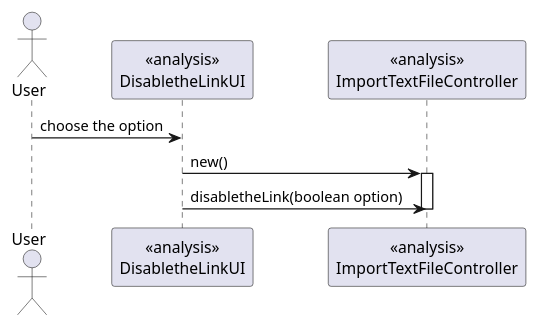
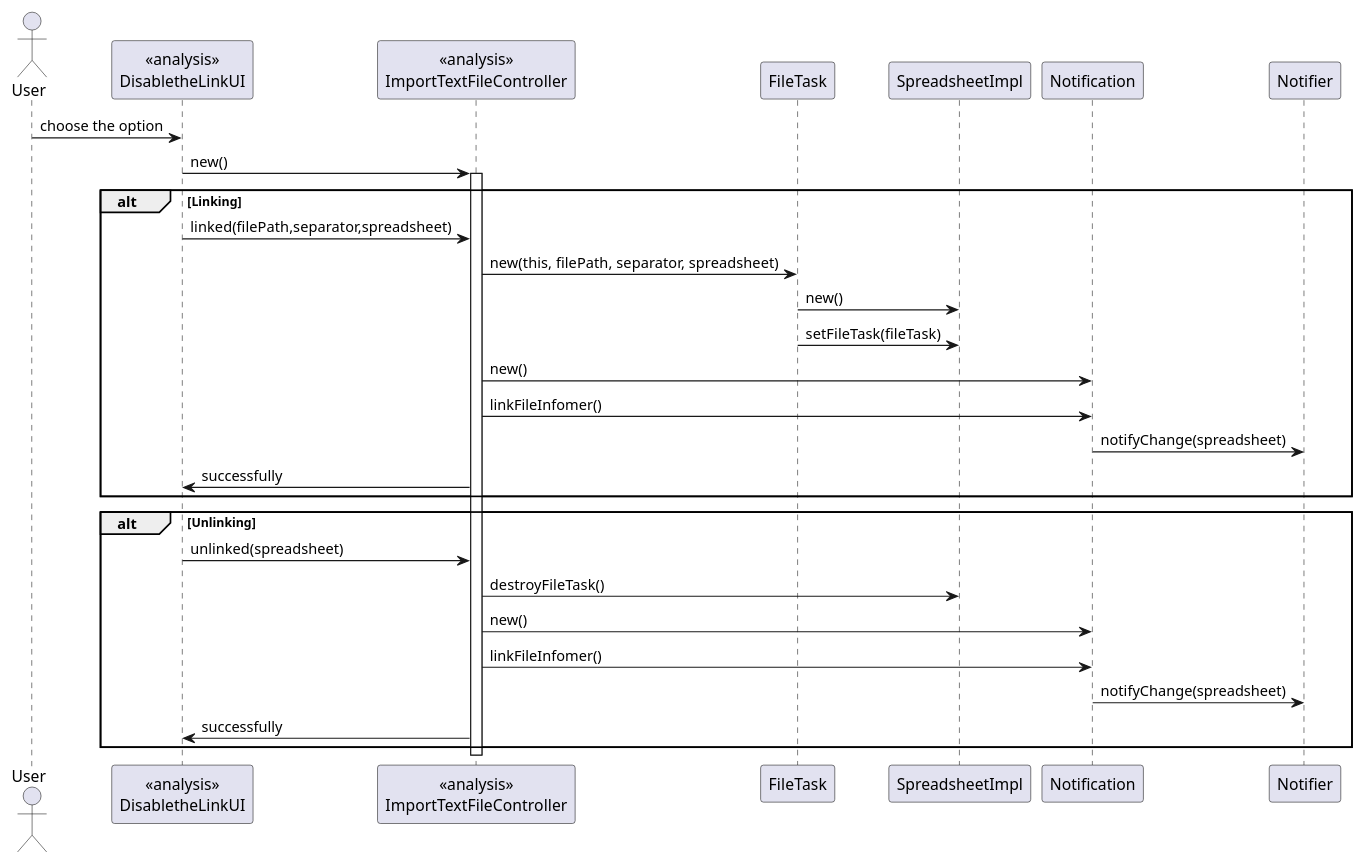
The diagram in src/main/java/csheets/worklog/n1141042/sprint3/disablethelink_design.puml (RubenTeixeira/cleansheets_isep_2dg_2016), drawn with PlantUML before and after one commit. The commit also changed 2 other files, not shown here.

```diff
--- a/src/main/java/csheets/worklog/n1141042/sprint3/disablethelink_design.puml
+++ b/src/main/java/csheets/worklog/n1141042/sprint3/disablethelink_design.puml
@@ -1,16 +1,38 @@
-@startuml doc-files/desableLink_analysis_design.png
+@startuml doc-files/Link_desableLink_analysis_design.png
 
 actor User
 participant "<<analysis>>\nDisabletheLinkUI" as DisabletheLinkUI
 participant "<<analysis>>\nImportTextFileController" as ImportTextFileController
 
 User->DisabletheLinkUI: choose the option
 DisabletheLinkUI->ImportTextFileController: new()
 
 activate ImportTextFileController
-DisabletheLinkUI->ImportTextFileController: disabletheLink(boolean option)
+alt Linking
+DisabletheLinkUI->ImportTextFileController: linked(filePath,separator,spreadsheet)
+ImportTextFileController->FileTask: new(this, filePath, separator, spreadsheet)
+FileTask->SpreadsheetImpl:new()
+FileTask->SpreadsheetImpl:setFileTask(fileTask)
+
+ImportTextFileController->Notification: new()
+ImportTextFileController->Notification: linkFileInfomer()
+Notification->Notifier:notifyChange(spreadsheet)
+ImportTextFileController->DisabletheLinkUI: successfully
+end
+
+
+alt Unlinking
+DisabletheLinkUI->ImportTextFileController: unlinked(spreadsheet)
+ImportTextFileController-> SpreadsheetImpl: destroyFileTask()
+ImportTextFileController->Notification: new()
+ImportTextFileController->Notification: linkFileInfomer()
+Notification->Notifier:notifyChange(spreadsheet)
+
+ImportTextFileController->DisabletheLinkUI: successfully
+end
+
 
 deactivate ImportTextFileController
 
 
 @enduml
```
